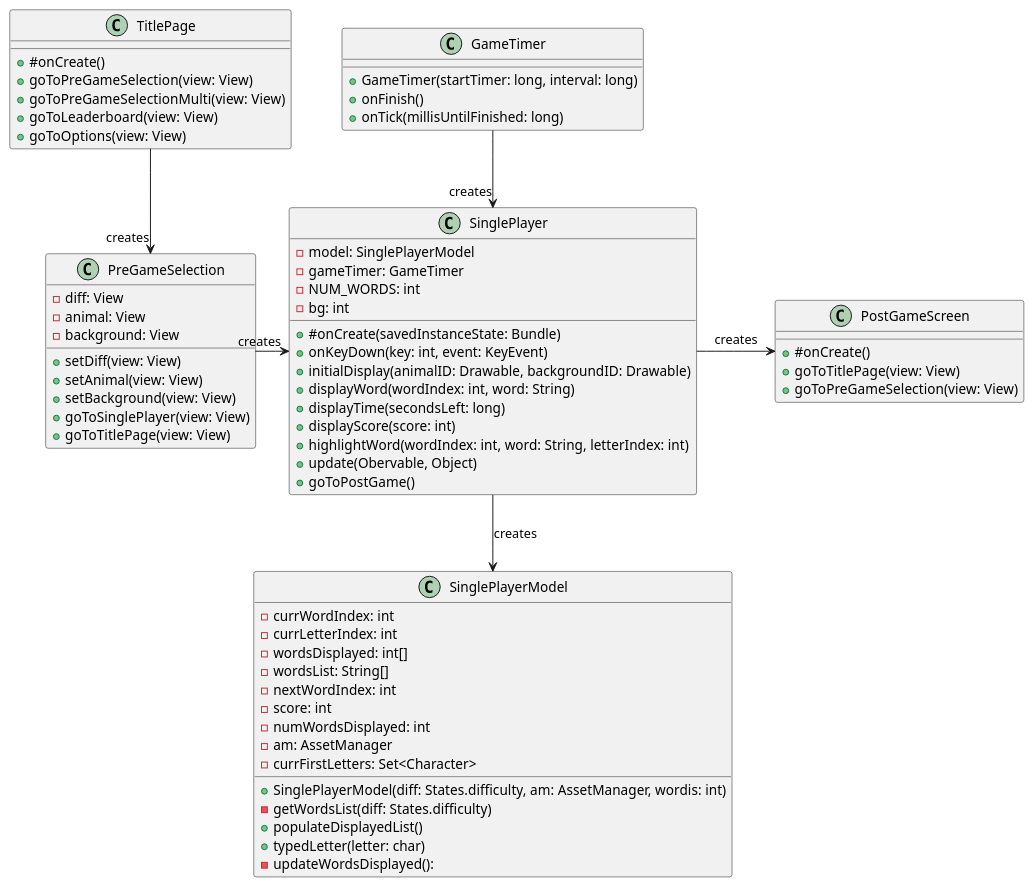
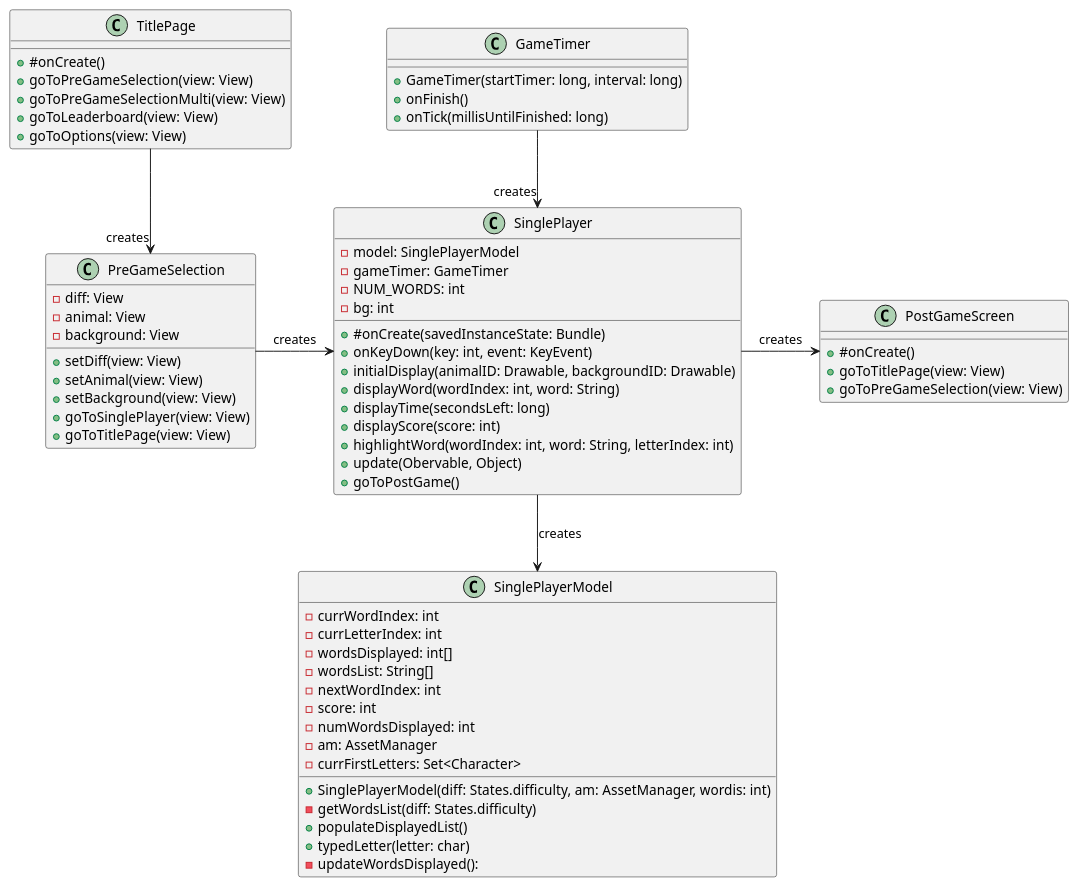
Before and after one commit to sh4r10/thesis-autogen-classdiagrams: the diagram in artefacts/human-diagrams/p1.puml, drawn with PlantUML.

Commit message:
move "creates" from a relationship p1.puml

```diff
--- a/artefacts/human-diagrams/p1.puml
+++ b/artefacts/human-diagrams/p1.puml
@@ -1,71 +1,71 @@
 @startuml
 class TitlePage {
     + #onCreate()
     +goToPreGameSelection(view: View)
     +goToPreGameSelectionMulti(view: View)
     +goToLeaderboard(view: View)
     +goToOptions(view: View)
 }
 class GameTimer {
     +GameTimer(startTimer: long, interval: long)
     +onFinish()
     +onTick(millisUntilFinished: long)
 }
 
 class PreGameSelection {
     -diff: View
     -animal: View
     -background: View
     + setDiff(view: View)
     + setAnimal(view: View)
     + setBackground(view: View)
     + goToSinglePlayer(view: View)
     + goToTitlePage(view: View)
 }
 
 class SinglePlayer {
     -model: SinglePlayerModel
     -gameTimer: GameTimer
     -NUM_WORDS: int
     -bg: int
     + #onCreate(savedInstanceState: Bundle)
     + onKeyDown(key: int, event: KeyEvent)
     + initialDisplay(animalID: Drawable, backgroundID: Drawable)
     + displayWord(wordIndex: int, word: String)
     + displayTime(secondsLeft: long)
     + displayScore(score: int)
     + highlightWord(wordIndex: int, word: String, letterIndex: int)
     + update(Obervable, Object)
     + goToPostGame()
 
 }
 
 class PostGameScreen {
     + #onCreate()
     + goToTitlePage(view: View)
     + goToPreGameSelection(view: View)
 }
 class SinglePlayerModel {
     -currWordIndex: int
     -currLetterIndex: int
     -wordsDisplayed: int[]
     -wordsList: String[]
     -nextWordIndex: int
     -score: int
     -numWordsDisplayed: int
     -am: AssetManager
     -currFirstLetters: Set<Character>
     +SinglePlayerModel(diff: States.difficulty, am: AssetManager, wordis: int)
     -getWordsList(diff: States.difficulty)
     +populateDisplayedList()
     +typedLetter(letter: char)
     -updateWordsDisplayed():
 }
 
 
 TitlePage -down-> "creates" PreGameSelection
-PreGameSelection -right-> "creates" SinglePlayer
+PreGameSelection -right-> SinglePlayer : "creates"
 SinglePlayer -down-> SinglePlayerModel : "creates"
 SinglePlayer -right-> PostGameScreen : "creates"
 GameTimer -down-> "creates" SinglePlayer
 @enduml
```
